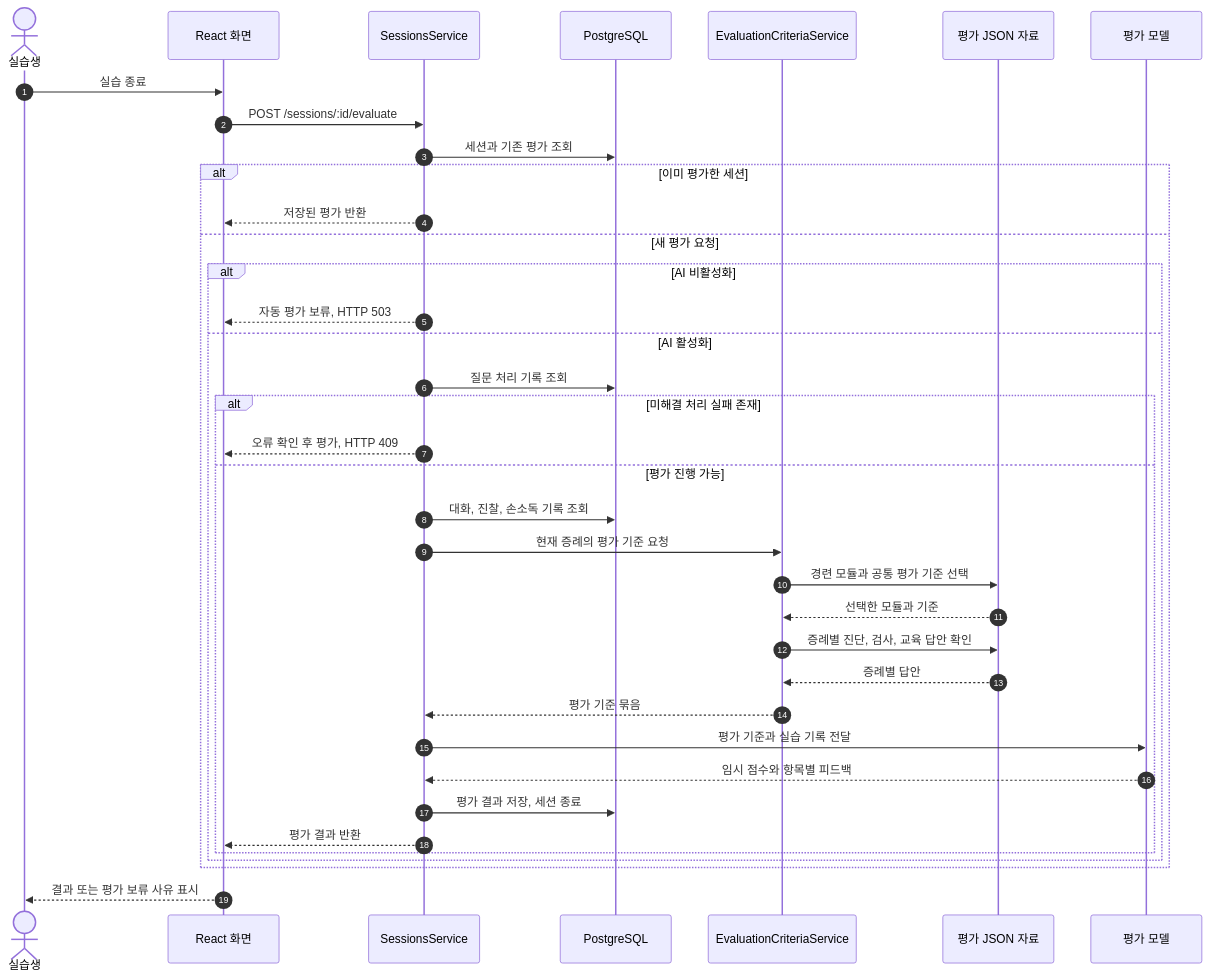
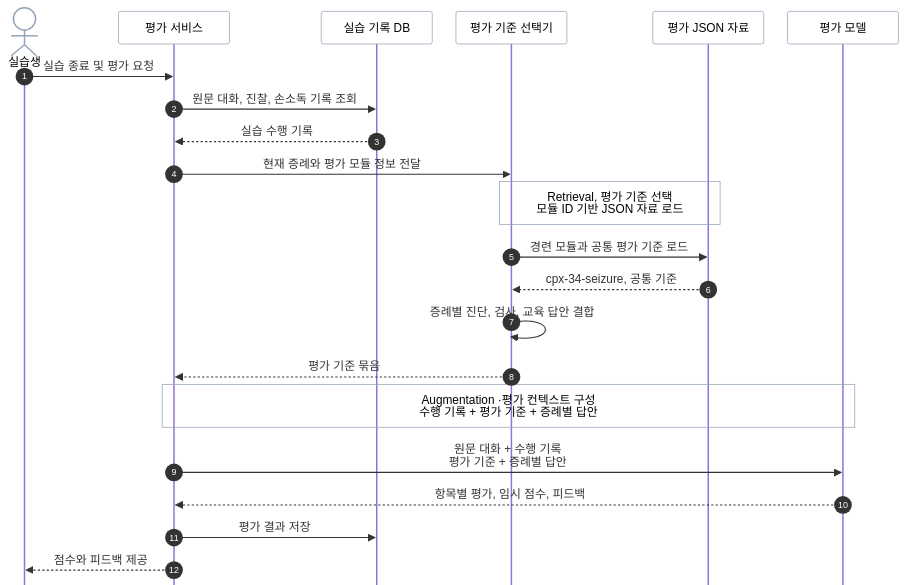
The third of 4 diagrams in README.md (CODE-MEDI-2026-1TEAM/CODE-MEDI-2026-1TEAM), drawn with Mermaid before and after one commit. The commit also changed other lines of this file, not shown here.

````diff
--- a/README.md
+++ b/README.md
@@ -354,40 +364,26 @@
 ```mermaid
+%%{init: {"fontFamily": "Arial", "sequence": {"useMaxWidth": true, "actorMargin": 32, "height": 44, "messageMargin": 22, "noteMargin": 12, "mirrorActors": false, "wrap": false, "actorFontSize": 14, "messageFontSize": 14, "noteFontSize": 13}, "themeVariables": {"fontFamily": "Arial", "actorBkg": "transparent", "actorBorder": "#94a3b8", "noteBkgColor": "transparent", "noteBorderColor": "#94a3b8"}}}%%
 sequenceDiagram
     autonumber
     actor Student as 실습생
-    participant UI as React 화면
-    participant Session as SessionsService
-    participant DB as PostgreSQL
-    participant Criteria as EvaluationCriteriaService
-    participant Files as 평가 JSON 자료
-    participant AI as 평가 모델
+    participant Session as 평가 서비스
+    participant Records as 실습 기록 DB
+    participant Selector as 평가 기준 선택기
+    participant Rubric as 평가 JSON 자료
+    participant Model as 평가 모델
 
-    Student->>UI: 실습 종료
-    UI->>Session: POST /sessions/:id/evaluate
-    Session->>DB: 세션과 기존 평가 조회
-    alt 이미 평가한 세션
-        Session-->>UI: 저장된 평가 반환
-    else 새 평가 요청
-        alt AI 비활성화
-            Session-->>UI: 자동 평가 보류, HTTP 503
-        else AI 활성화
-            Session->>DB: 질문 처리 기록 조회
-            alt 미해결 처리 실패 존재
-                Session-->>UI: 오류 확인 후 평가, HTTP 409
-            else 평가 진행 가능
-                Session->>DB: 대화, 진찰, 손소독 기록 조회
-                Session->>Criteria: 현재 증례의 평가 기준 요청
-                Criteria->>Files: 경련 모듈과 공통 평가 기준 선택
-                Files-->>Criteria: 선택한 모듈과 기준
-                Criteria->>Files: 증례별 진단, 검사, 교육 답안 확인
-                Files-->>Criteria: 증례별 답안
-                Criteria-->>Session: 평가 기준 묶음
-                Session->>AI: 평가 기준과 실습 기록 전달
-                AI-->>Session: 임시 점수와 항목별 피드백
-                Session->>DB: 평가 결과 저장, 세션 종료
-                Session-->>UI: 평가 결과 반환
-            end
-        end
-    end
-    UI-->>Student: 결과 또는 평가 보류 사유 표시
+    Student->>Session: 실습 종료 및 평가 요청
+    Session->>Records: 원문 대화, 진찰, 손소독 기록 조회
+    Records-->>Session: 실습 수행 기록
+    Session->>Selector: 현재 증례와 평가 모듈 정보 전달
+    Note over Selector,Rubric: Retrieval, 평가 기준 선택<br/>모듈 ID 기반 JSON 자료 로드
+    Selector->>Rubric: 경련 모듈과 공통 평가 기준 로드
+    Rubric-->>Selector: cpx-34-seizure, 공통 기준
+    Selector->>Selector: 증례별 진단, 검사, 교육 답안 결합
+    Selector-->>Session: 평가 기준 묶음
+    Note over Session,Model: Augmentation ·평가 컨텍스트 구성<br/>수행 기록 + 평가 기준 + 증례별 답안
+    Session->>Model: 원문 대화 + 수행 기록<br/>평가 기준 + 증례별 답안
+    Model-->>Session: 항목별 평가, 임시 점수, 피드백
+    Session->>Records: 평가 결과 저장
+    Session-->>Student: 점수와 피드백 제공
 ```
````
